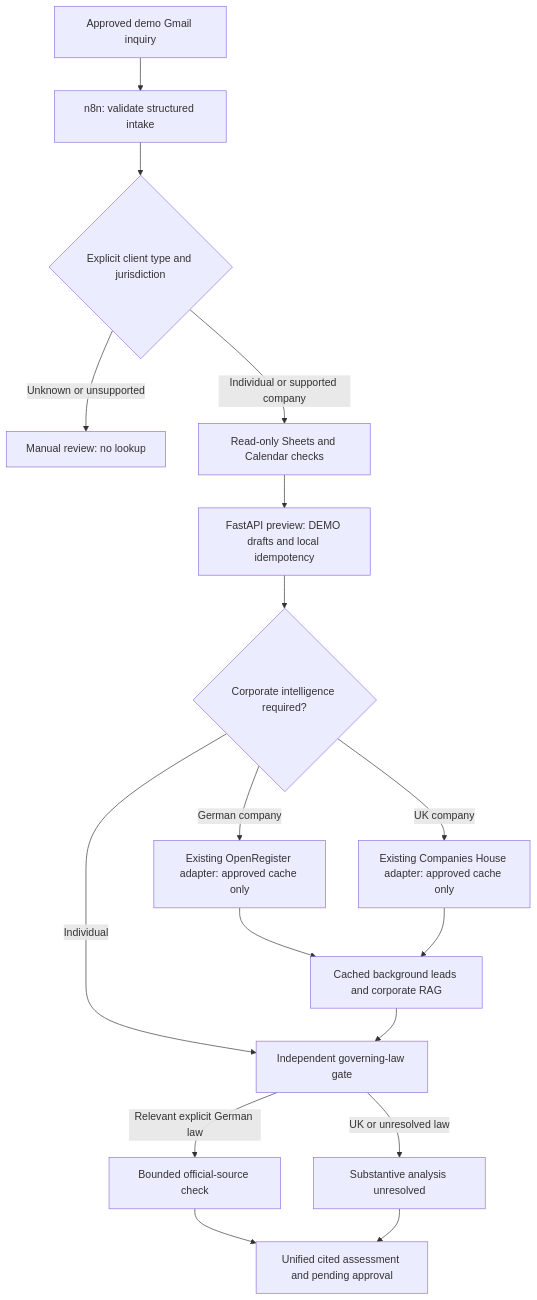
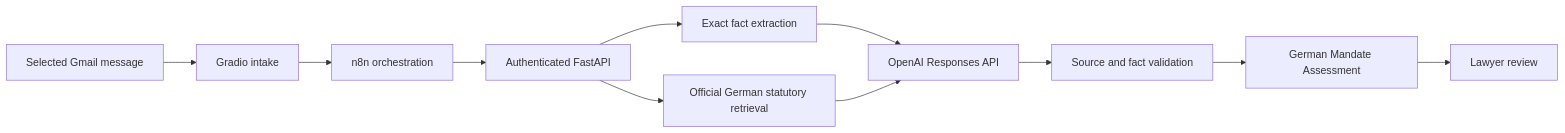
The diagram in docs/architecture.md (sean173-lang/INCEPT), drawn with Mermaid before and after one commit. The commit also changed other lines of this file and 26 other files, not shown here.

````diff
--- a/docs/architecture.md
+++ b/docs/architecture.md
@@ -7,19 +5,13 @@
 ```mermaid
-flowchart TD
- A[Approved demo Gmail inquiry] --> B[n8n: validate structured intake]
- B --> C{Explicit client type and jurisdiction}
- C -->|Unknown or unsupported| R[Manual review: no lookup]
- C -->|Individual or supported company| D[Read-only Sheets and Calendar checks]
- D --> E[FastAPI preview: DEMO drafts and local idempotency]
- E --> F{Corporate intelligence required?}
- F -->|Individual| J[Independent governing-law gate]
- F -->|German company| G[Existing OpenRegister adapter: approved cache only]
- F -->|UK company| H[Existing Companies House adapter: approved cache only]
- G --> I[Cached background leads and corporate RAG]
- H --> I
- I --> J
- J -->|Relevant explicit German law| K[Bounded official-source check]
- J -->|UK or unresolved law| L[Substantive analysis unresolved]
- K --> M[Unified cited assessment and pending approval]
- L --> M
+flowchart LR
+ A[Selected Gmail message] --> B[Gradio intake]
+ B --> C[n8n orchestration]
+ C --> D[Authenticated FastAPI]
+ D --> E[Exact fact extraction]
+ D --> F[Official German statutory retrieval]
+ E --> G[OpenAI Responses API]
+ F --> G
+ G --> H[Source and fact validation]
+ H --> I[German Mandate Assessment]
+ I --> J[Lawyer review]
 ```
````
